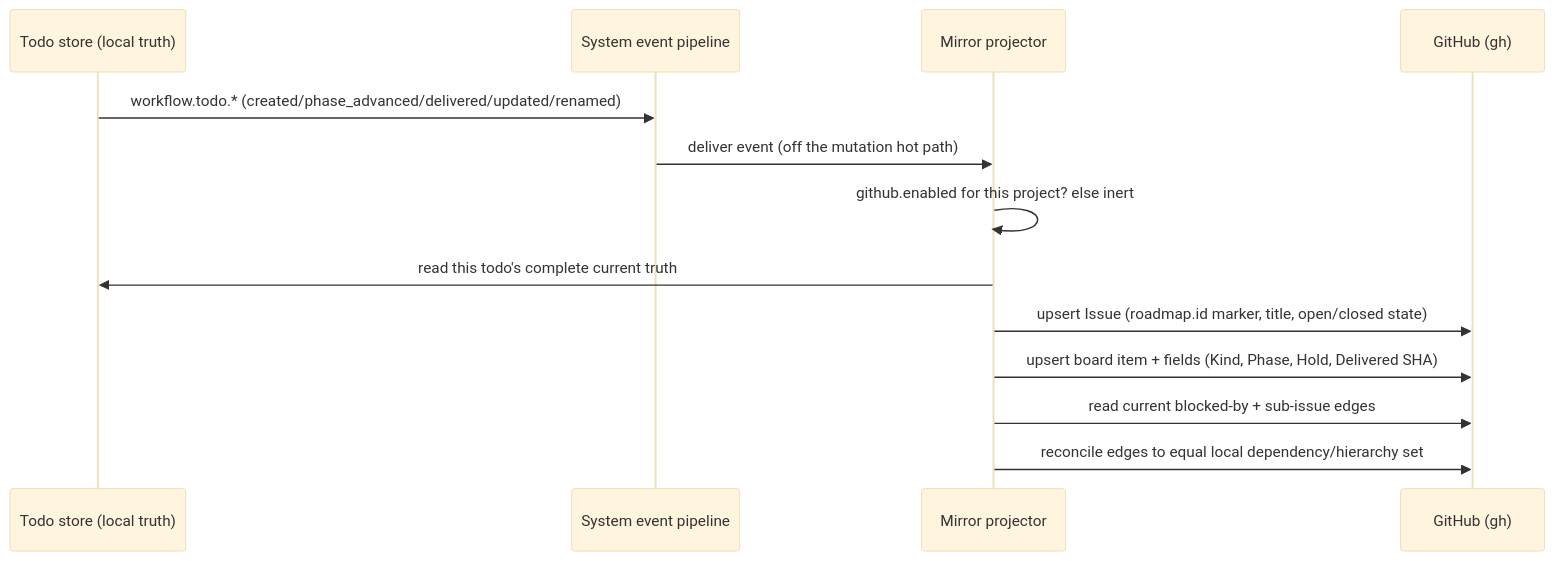
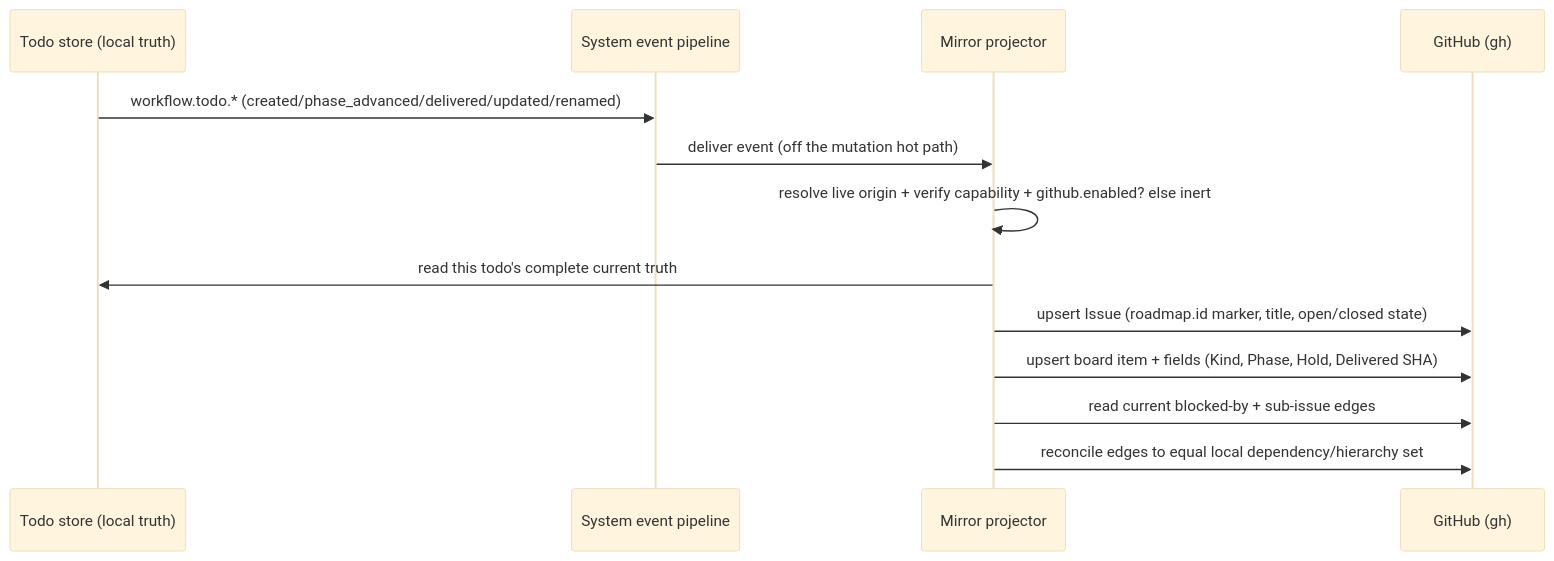
The diagram in docs/project/design/architecture/github-todo-mirror.md (InstruktAI/TeleClaude), drawn with Mermaid (base theme) before and after one commit. The commit also changed other lines of this file, not shown here.

First line of the commit message:
docs(github-todo-mirror): event-time live eligibility gate + conscious-acceptance enablement for owned non-clean repos

````diff
--- a/docs/project/design/architecture/github-todo-mirror.md
+++ b/docs/project/design/architecture/github-todo-mirror.md
@@ -86,15 +97,15 @@
 ```mermaid
 sequenceDiagram
     participant DB as Todo store (local truth)
     participant Bus as System event pipeline
     participant Mirror as Mirror projector
     participant GH as GitHub (gh)
     DB->>Bus: workflow.todo.* (created/phase_advanced/delivered/updated/renamed)
     Bus->>Mirror: deliver event (off the mutation hot path)
-    Mirror->>Mirror: github.enabled for this project? else inert
+    Mirror->>Mirror: resolve live origin + verify capability + github.enabled? else inert
     Mirror->>DB: read this todo's complete current truth
     Mirror->>GH: upsert Issue (roadmap.id marker, title, open/closed state)
     Mirror->>GH: upsert board item + fields (Kind, Phase, Hold, Delivered SHA)
     Mirror->>GH: read current blocked-by + sub-issue edges
     Mirror->>GH: reconcile edges to equal local dependency/hierarchy set
 ```
````
